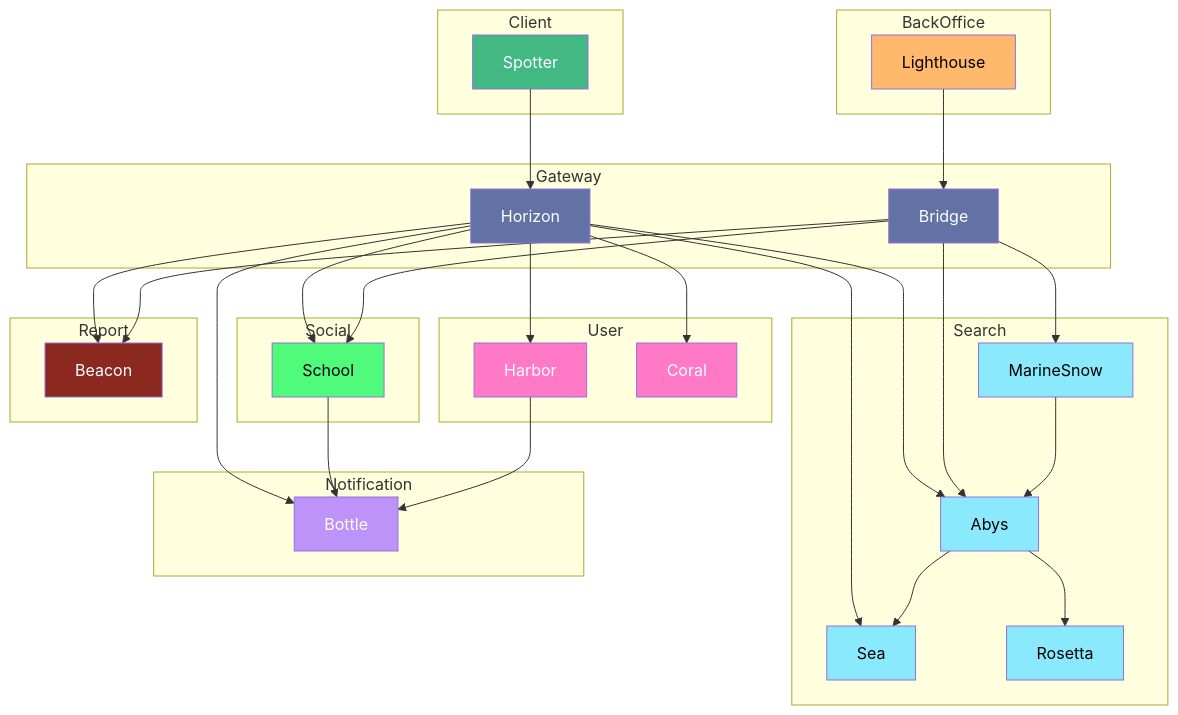
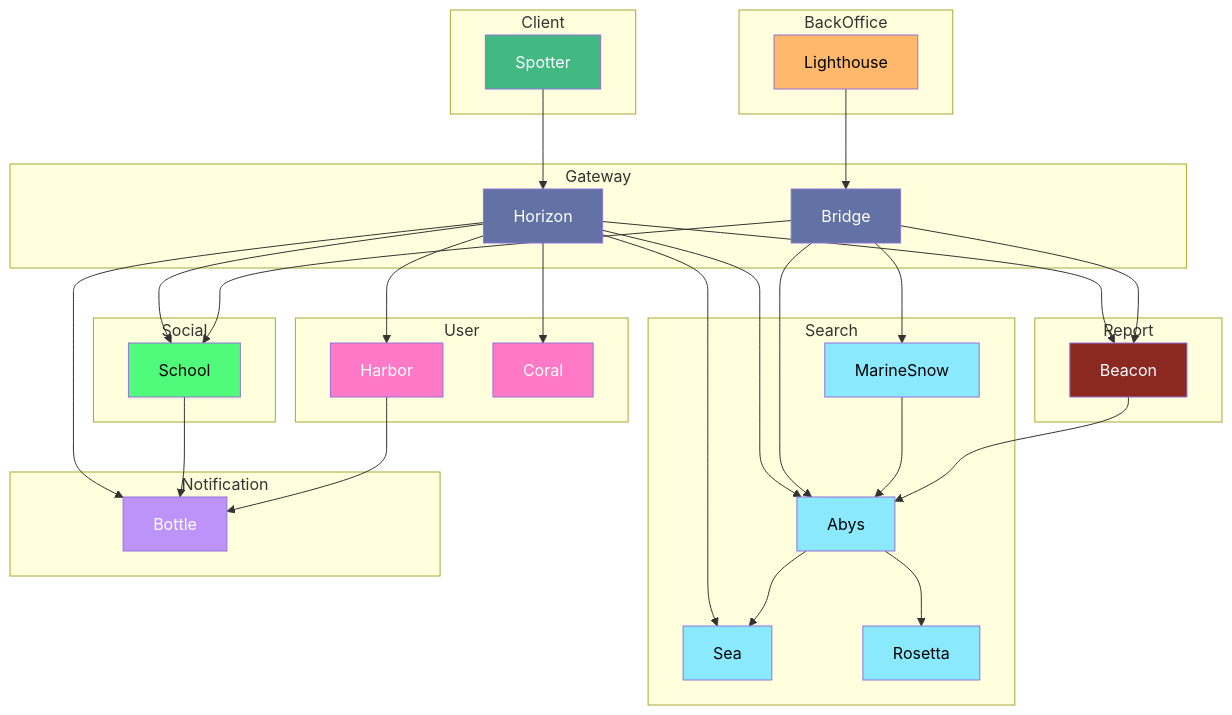
Before and after one commit to mathcovax/seaence: the first of 2 diagrams in docs/services/index.md, drawn with Mermaid. The commit also changed 10 other files, not shown here.

```diff
--- a/docs/services/index.md
+++ b/docs/services/index.md
@@ -84,6 +84,7 @@
     MarineSnow --> Abys
     Abys --> Sea
     Abys --> Rosetta
+	Beacon --> Abys
 
     %% Connexions Notification
     School --> Bottle
```
